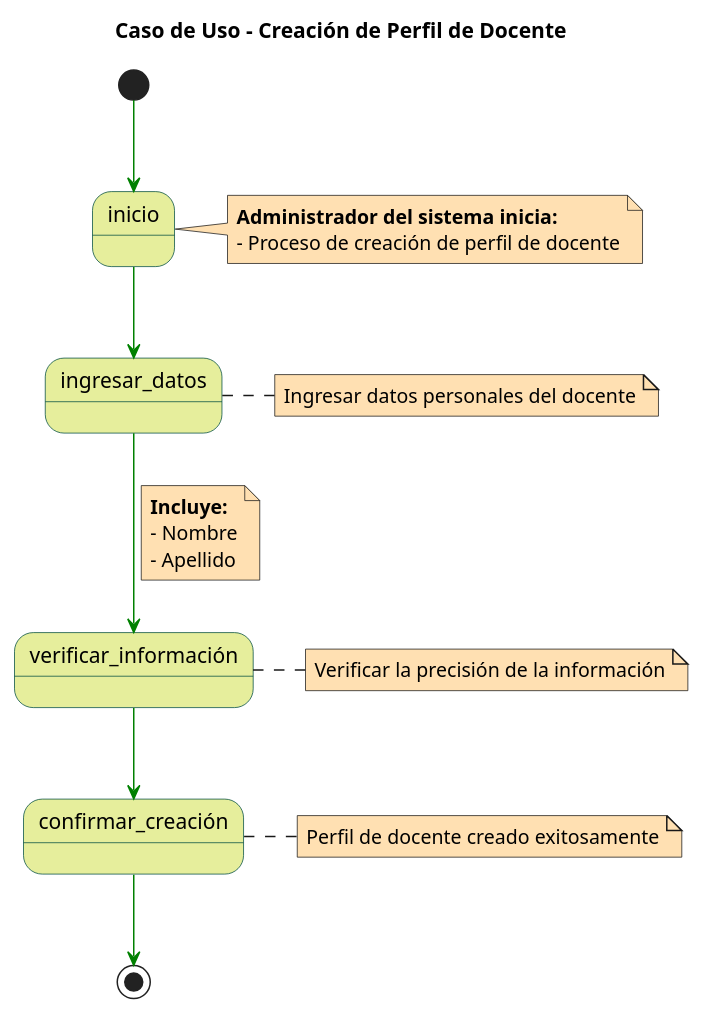
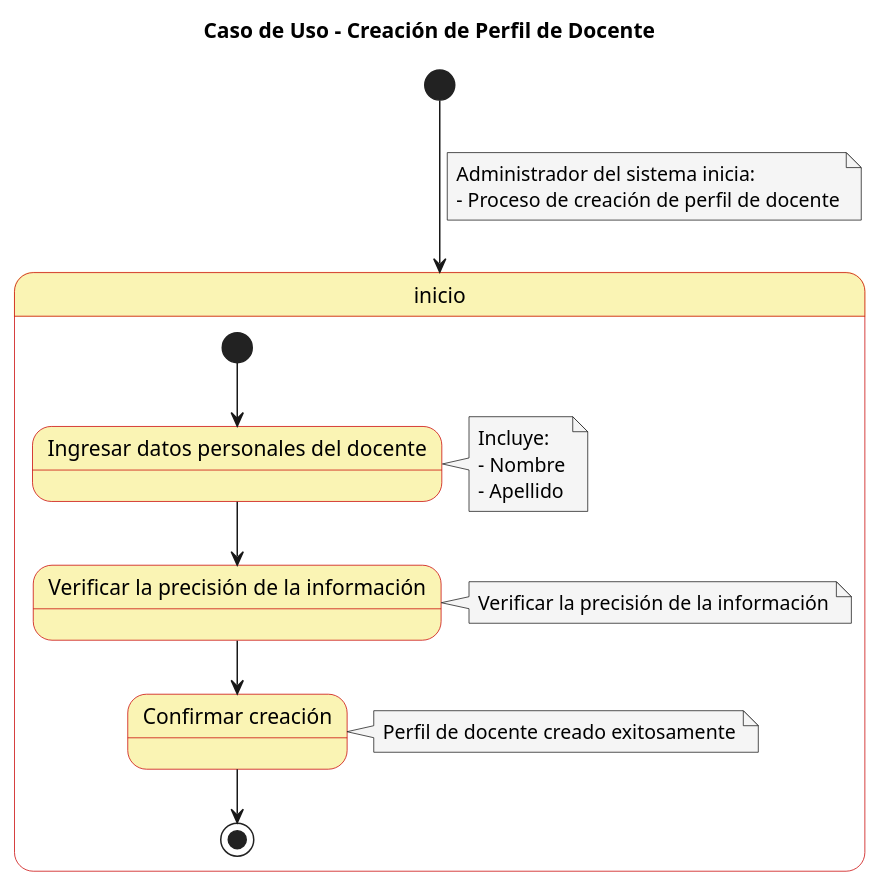
Before and after one commit to FernandoWilliam26/23-24-IdSw1-SDR: the diagram in Casos de Uso/Detalle de DocenteCreado.puml, drawn with PlantUML. The commit also changed other lines of this file and 9 other files, not shown here.

```diff
--- a/Casos de Uso/Detalle de DocenteCreado.puml
+++ b/Casos de Uso/Detalle de DocenteCreado.puml
@@ -1,44 +1,47 @@
 @startuml
 
 skinparam state {
-  BackgroundColor #e6ee9c
-  BorderColor #004d40
+  BackgroundColor #faf4b4
+  BorderColor #c90000
+  TextColor #757575
 }
 
 skinparam note {
-  BackgroundColor #ffe0b2
+  BackgroundColor #f5f5f5
+  TextColor #757575
 }
-
-skinparam linetype polyline
 
 title Caso de Uso - Creación de Perfil de Docente
 
-[*] -[#green]-> inicio
-note right of inicio
-  **Administrador del sistema inicia:**
+[*] --> inicio
+note on link
+  Administrador del sistema inicia:
   - Proceso de creación de perfil de docente
 end note
 
-inicio -[#green]-> ingresar_datos
-note right of ingresar_datos
-  Ingresar datos personales del docente
-end note
+state inicio {
+  [*] --> ingresar_datos
+  state "Ingresar datos personales del docente" as ingresar_datos
 
-ingresar_datos -[#green]-> verificar_información
-note on link
-  **Incluye:**
-  - Nombre
-  - Apellido
-end note
+  ingresar_datos --> verificar_informacion
+  note right of ingresar_datos
+    Incluye:
+    - Nombre
+    - Apellido
+  end note
 
-verificar_información -[#green]-> confirmar_creación
-note right of verificar_información
-  Verificar la precisión de la información
-end note
+  state "Verificar la precisión de la información" as verificar_informacion
 
-confirmar_creación -[#green]-> [*]
-note right of confirmar_creación
-  Perfil de docente creado exitosamente
-end note
+  verificar_informacion --> confirmar_creacion
+  note right of verificar_informacion
+    Verificar la precisión de la información
+  end note
+
+  state "Confirmar creación" as confirmar_creacion
+  confirmar_creacion --> [*]
+  note right of confirmar_creacion
+    Perfil de docente creado exitosamente
+  end note
+}
 
 @enduml
```
